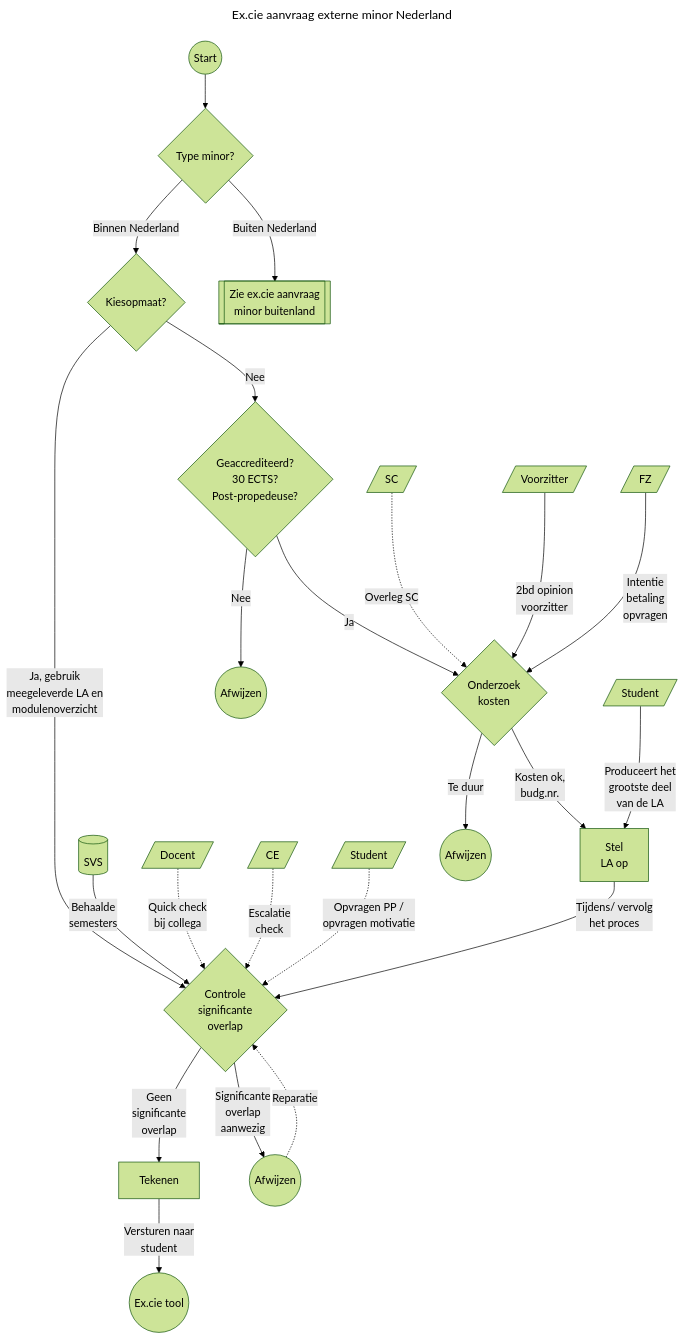
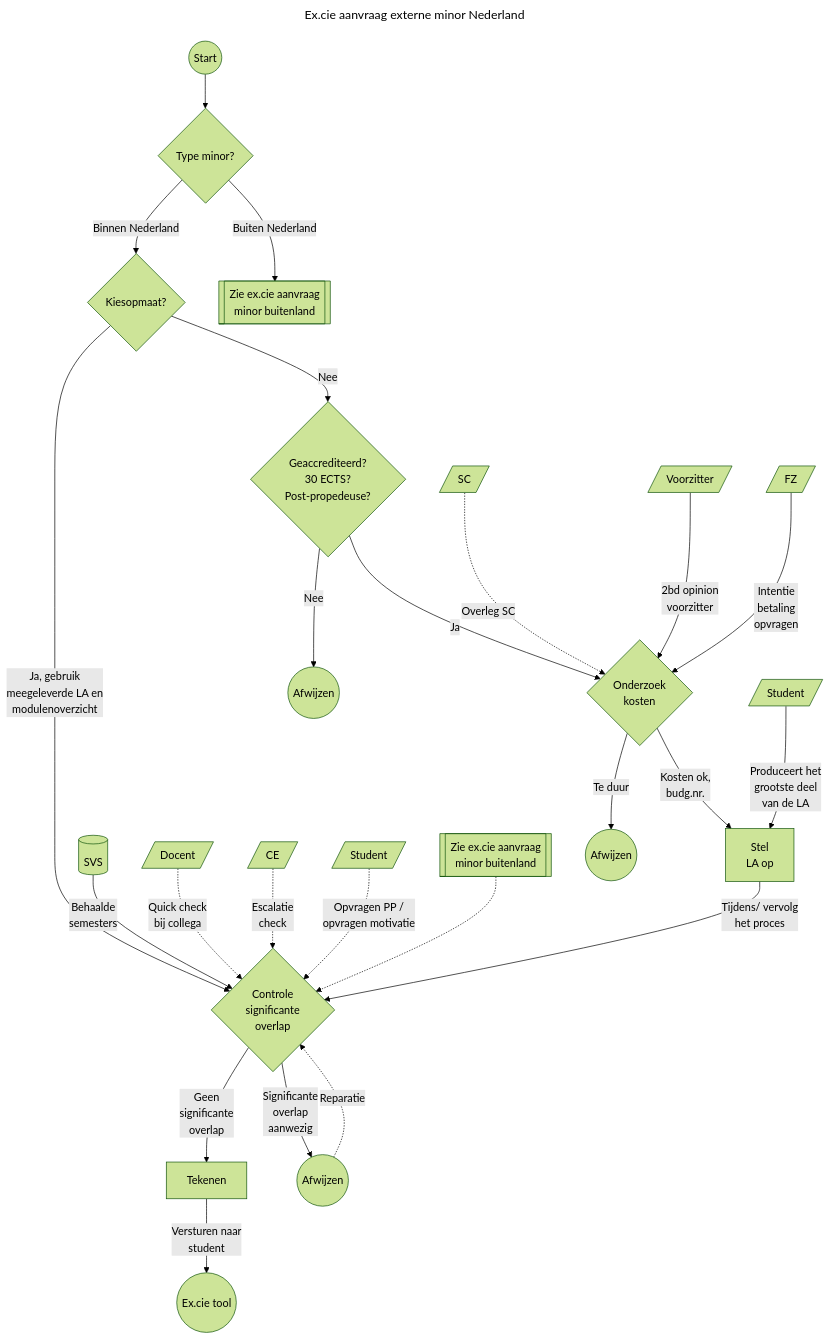
Before and after one commit to BjornHamels/ex.cie: the diagram in aanvraagexterneminor.md, drawn with Mermaid (forest theme).

````diff
--- a/aanvraagexterneminor.md
+++ b/aanvraagexterneminor.md
@@ -24,66 +24,68 @@
 ```mermaid
 ---
 title: Ex.cie aanvraag externe minor Nederland
 ---
 flowchart TD
 
     %% Start
     Start((Start))-->TypeM
     TypeM{Type minor?}-->|Binnen Nederland|NL{Kiesopmaat?}
     
     %% Kiesopmaat
     NL-->|Ja, gebruik
       meegeleverde LA en
     modulenoverzicht|CtrlOver{Controle
       significante
       overlap}
     TypeM-->|Buiten Nederland|Buitenland[[Zie ex.cie aanvraag
       minor buitenland]]
     NL-->|Nee|NLNietKies{Geaccrediteerd?
       30 ECTS?
       Post-propedeuse?}
 
     %% 30 ECTS?
     NLNietKies-->|Ja|GeAcc{Onderzoek
       kosten}
     NLNietKies-->|Nee|Geen30((Afwijzen))
 
     %% De bronnen van Controle overlap
     SVS[(SVS)]-->|Behaalde
       semesters|CtrlOver
     DOC[/Docent/].->|Quick check
       bij collega|CtrlOver
     CE[/CE/].->|Escalatie
       check|CtrlOver
     STU[/Student/].->|Opvragen PP /
       opvragen motivatie|CtrlOver
 
     %% Na Controle significante overlap
     CtrlOver-->|Geen
       significante
       overlap|Tekenen[Tekenen]
     Tekenen-->|Versturen naar
       student|Student((Ex.cie tool))
     CtrlOver-->|Significante
       overlap
       aanwezig|Afwijzen((Afwijzen))
     Afwijzen-.->|Reparatie|CtrlOver
+    Buitenland2[[Zie ex.cie aanvraag
+      minor buitenland]]-.->CtrlOver
 
     %% Indien geen kiesopmaat
     SC[/SC/].->|Overleg SC|GeAcc
     Voorzitter[/Voorzitter/]-->|2bd opinion
       voorzitter|GeAcc
     FZ[/FZ/]-->|Intentie
       betaling
       opvragen|GeAcc
     GeAcc-->|Kosten ok,
       budg.nr.|MaakLA[Stel
       LA op]
     STU2[/Student/]-->|Produceert het
       grootste deel
       van de LA|MaakLA
     MaakLA-->|Tijdens/ vervolg
       het proces|CtrlOver
     GeAcc-->|Te duur|TeDuur((Afwijzen))
 
 ```
````
